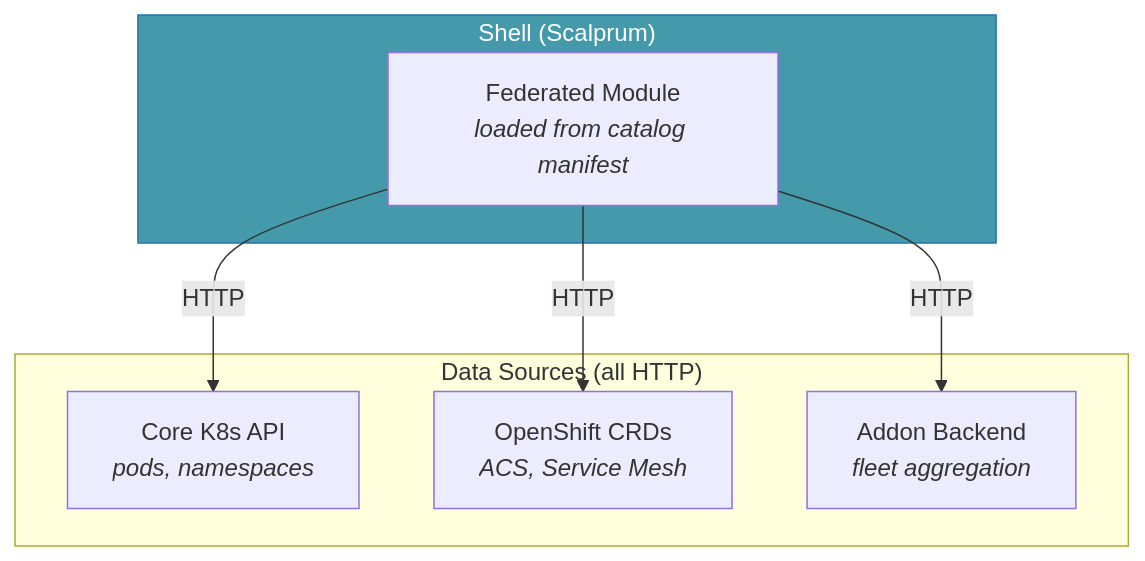
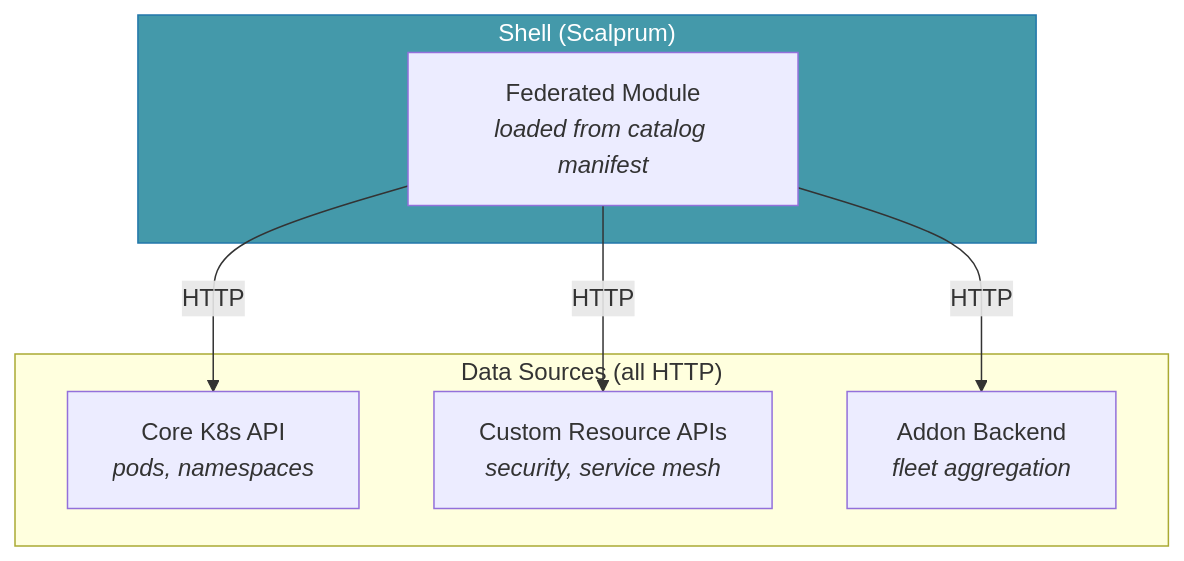
One commit to fleetshift/fleetshift-poc changed the ninth of 11 diagrams in docs/design/addon-ui-architecture.md. Above: the diagram before and after it, drawn with Mermaid. The commit also changed other lines of this file and 361 other files, not shown here.

First line of the commit message:
FM-99: Remove OpenShift-specific features and generalize retained addons (#190)

````diff
--- a/docs/design/addon-ui-architecture.md
+++ b/docs/design/addon-ui-architecture.md
@@ -698,18 +697,18 @@
 ```mermaid
 graph TD
     subgraph Shell["Shell (Scalprum)"]
         FM["Federated Module<br/><i>loaded from catalog manifest</i>"]
     end
 
     subgraph Data["Data Sources (all HTTP)"]
         K8S["Core K8s API<br/><i>pods, namespaces</i>"]
-        CRD["OpenShift CRDs<br/><i>ACS, Service Mesh</i>"]
+        CRD["Custom Resource APIs<br/><i>security, service mesh</i>"]
         ADDON["Addon Backend<br/><i>fleet aggregation</i>"]
     end
 
     FM -->|"HTTP"| K8S
     FM -->|"HTTP"| CRD
     FM -->|"HTTP"| ADDON
 
     style Shell fill:#49a,stroke:#27a,color:#fff
 ```
````
